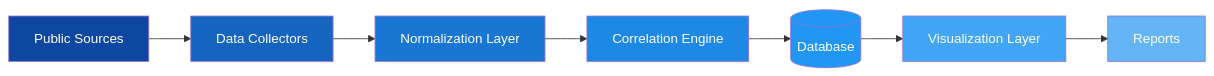
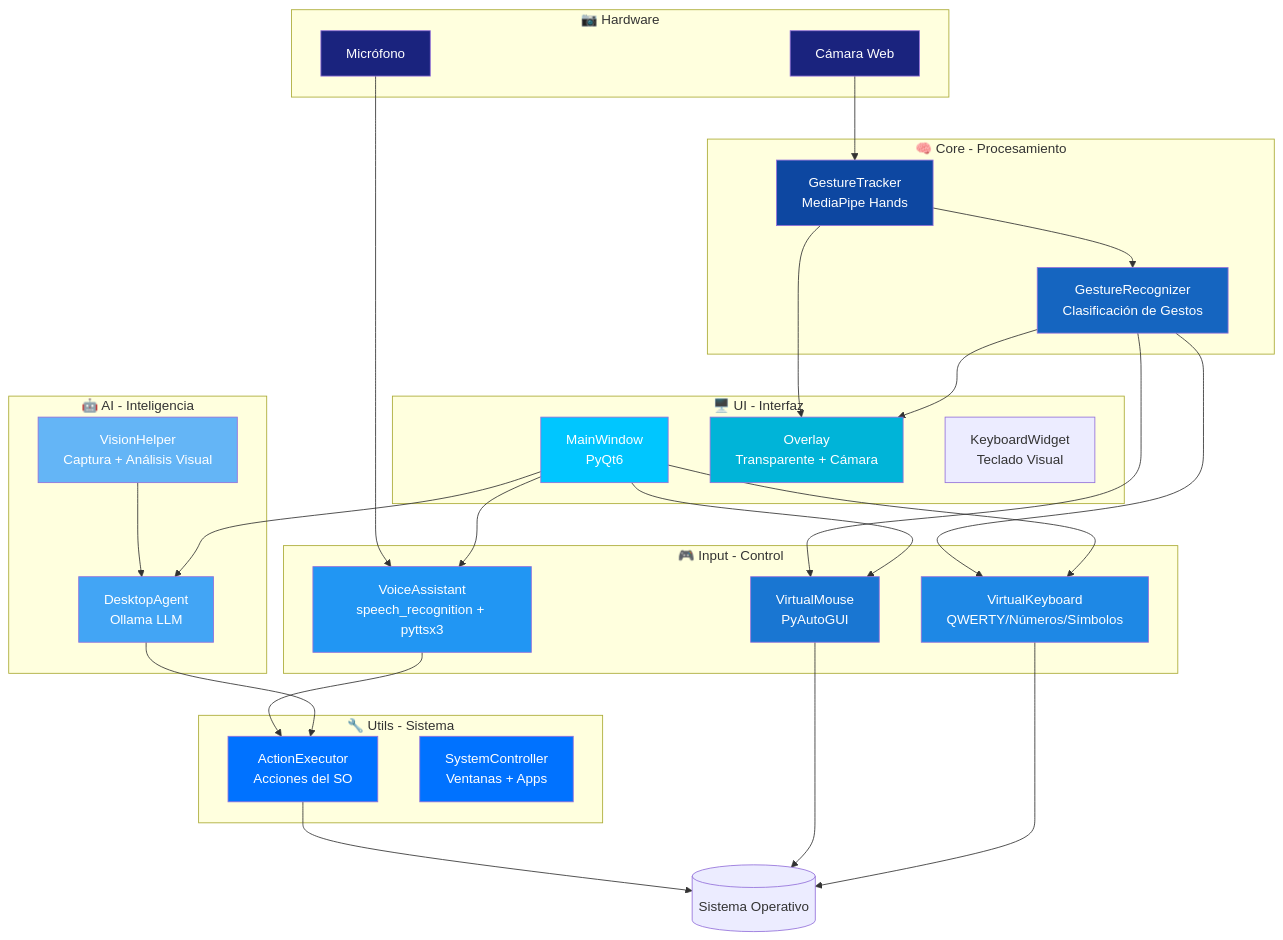
One commit to Ruby570bocadito/Motion-Control changed the diagram in README.md. Above: the diagram before and after it, drawn with Mermaid. The commit also changed other lines of this file, not shown here.

First line of the commit message:
docs: actualización completa del README

````diff
--- a/README.md
+++ b/README.md
@@ -57,17 +62,66 @@
 ```mermaid
-graph LR
-    A[Public Sources] --> B[Data Collectors]
-    B --> C[Normalization Layer]
-    C --> D[Correlation Engine]
-    D --> E[(Database)]
-    E --> F[Visualization Layer]
-    F --> G[Reports]
+graph TD
+    subgraph Hardware["📷 Hardware"]
+        CAM[Cámara Web]
+        MIC[Micrófono]
+    end
 
-    style A fill:#0d47a1,color:#fff
-    style B fill:#1565c0,color:#fff
-    style C fill:#1976d2,color:#fff
-    style D fill:#1e88e5,color:#fff
-    style E fill:#2196f3,color:#fff
-    style F fill:#42a5f5,color:#fff
-    style G fill:#64b5f6,color:#fff
+    subgraph Core["🧠 Core - Procesamiento"]
+        GT[GestureTracker<br/>MediaPipe Hands]
+        GR[GestureRecognizer<br/>Clasificación de Gestos]
+    end
+
+    subgraph Input["🎮 Input - Control"]
+        VM[VirtualMouse<br/>PyAutoGUI]
+        VK[VirtualKeyboard<br/>QWERTY/Números/Símbolos]
+        VA[VoiceAssistant<br/>speech_recognition + pyttsx3]
+    end
+
+    subgraph AI["🤖 AI - Inteligencia"]
+        DA[DesktopAgent<br/>Ollama LLM]
+        VH[VisionHelper<br/>Captura + Análisis Visual]
+    end
+
+    subgraph UI["🖥️ UI - Interfaz"]
+        MW[MainWindow<br/>PyQt6]
+        OV[Overlay<br/>Transparente + Cámara]
+        KW[KeyboardWidget<br/>Teclado Visual]
+    end
+
+    subgraph Utils["🔧 Utils - Sistema"]
+        AE[ActionExecutor<br/>Acciones del SO]
+        SC[SystemController<br/>Ventanas + Apps]
+    end
+
+    CAM --> GT
+    GT --> GR
+    GR --> VM
+    GR --> VK
+    MIC --> VA
+    VA --> AE
+    DA --> AE
+    VH --> DA
+    AE --> SO[(Sistema Operativo)]
+    VM --> SO
+    VK --> SO
+    GT --> OV
+    GR --> OV
+    MW --> VM
+    MW --> VK
+    MW --> VA
+    MW --> DA
+
+    style CAM fill:#1a237e,color:#fff
+    style MIC fill:#1a237e,color:#fff
+    style GT fill:#0d47a1,color:#fff
+    style GR fill:#1565c0,color:#fff
+    style VM fill:#1976d2,color:#fff
+    style VK fill:#1e88e5,color:#fff
+    style VA fill:#2196f3,color:#fff
+    style DA fill:#42a5f5,color:#fff
+    style VH fill:#64b5f6,color:#fff
+    style MW fill:#00c6ff,color:#fff
+    style OV fill:#00b4d8,color:#fff
+    style AE fill:#0072ff,color:#fff
+    style SC fill:#0072ff,color:#fff
 ```
````
